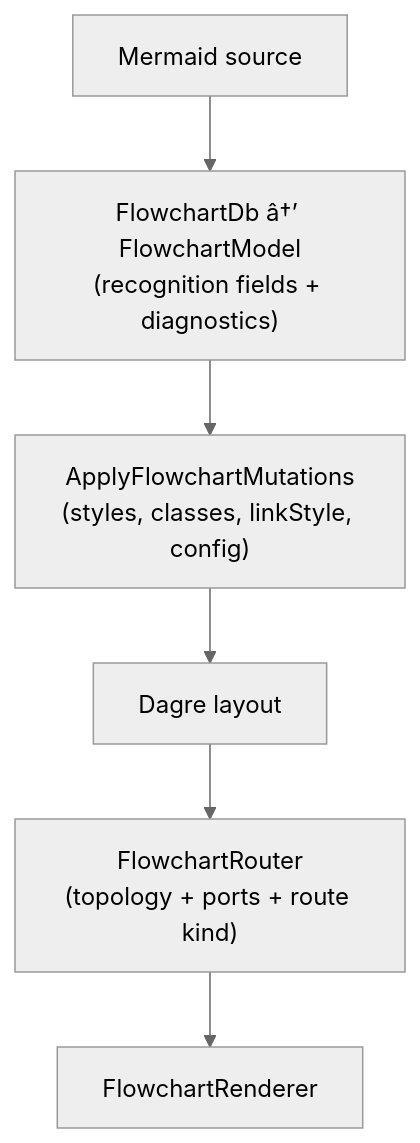
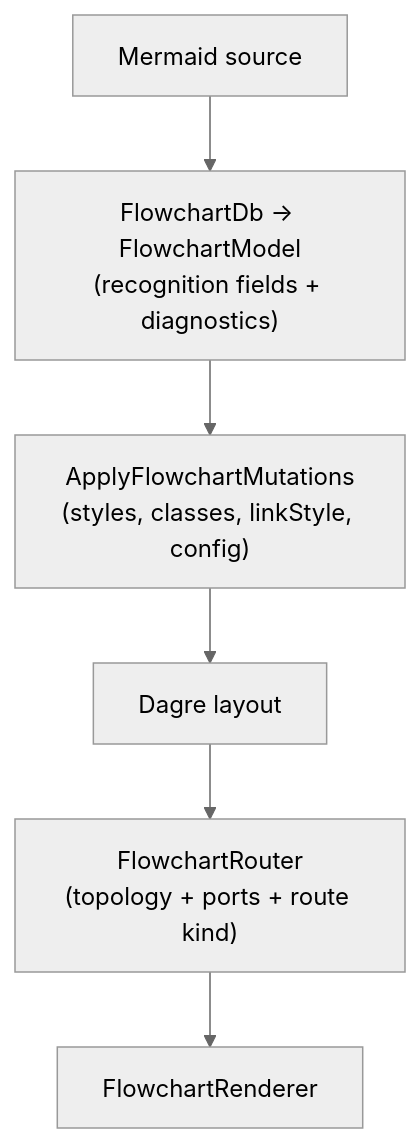
One commit to VaderConsulting/MarkdownToDocX changed the seventh of 12 diagrams in spec.md. Above: the diagram before and after it, drawn with Mermaid (neutral theme). The commit also changed other lines of this file and 743 other files, not shown here.

First line of the commit message:
Add multi-kind recognition at L4, native flowchart render pilot, and truthfulness gates.

````diff
--- a/spec.md
+++ b/spec.md
@@ -1832,11 +2324,11 @@
 ```mermaid
 flowchart TB
   IN["Mermaid source"]
-  DB["FlowchartDb â†’ FlowchartModel\n(recognition fields + diagnostics)"]
+  DB["FlowchartDb → FlowchartModel\n(recognition fields + diagnostics)"]
   MUT["ApplyFlowchartMutations\n(styles, classes, linkStyle, config)"]
   DAG["Dagre layout"]
   RTR["FlowchartRouter\n(topology + ports + route kind)"]
   REN["FlowchartRenderer"]
 
   IN --> DB --> MUT --> DAG --> RTR --> REN
 ```
````
